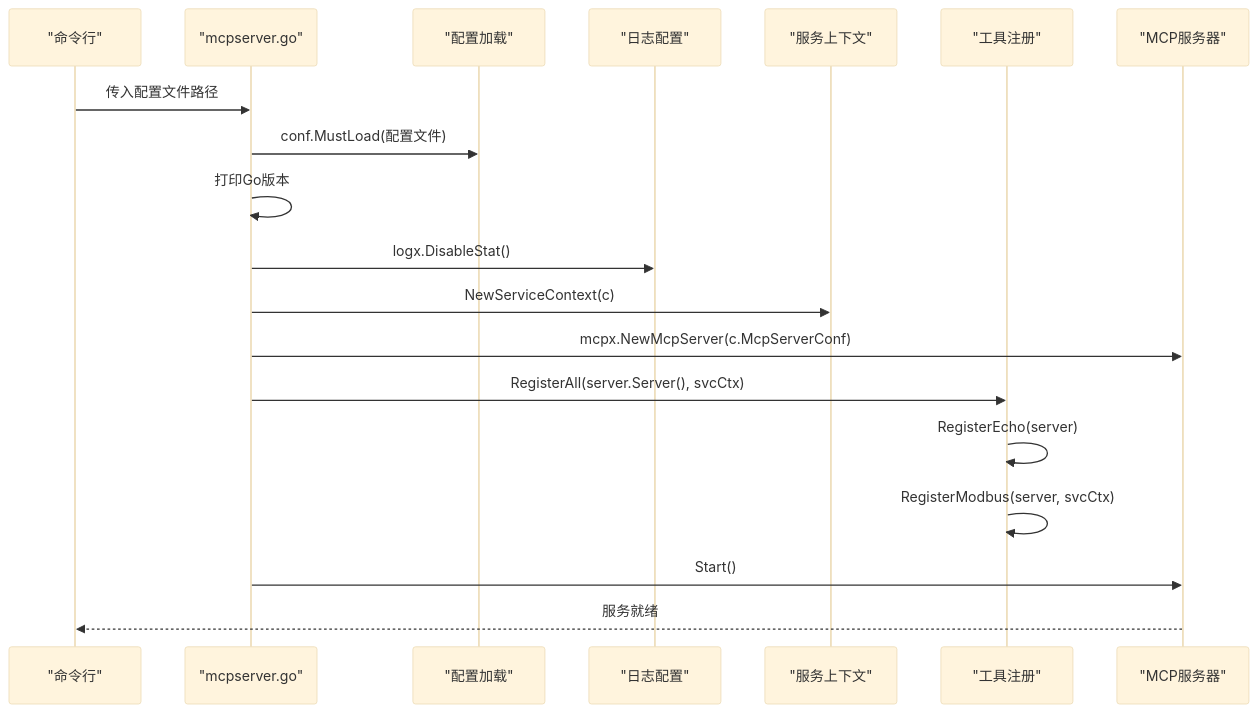
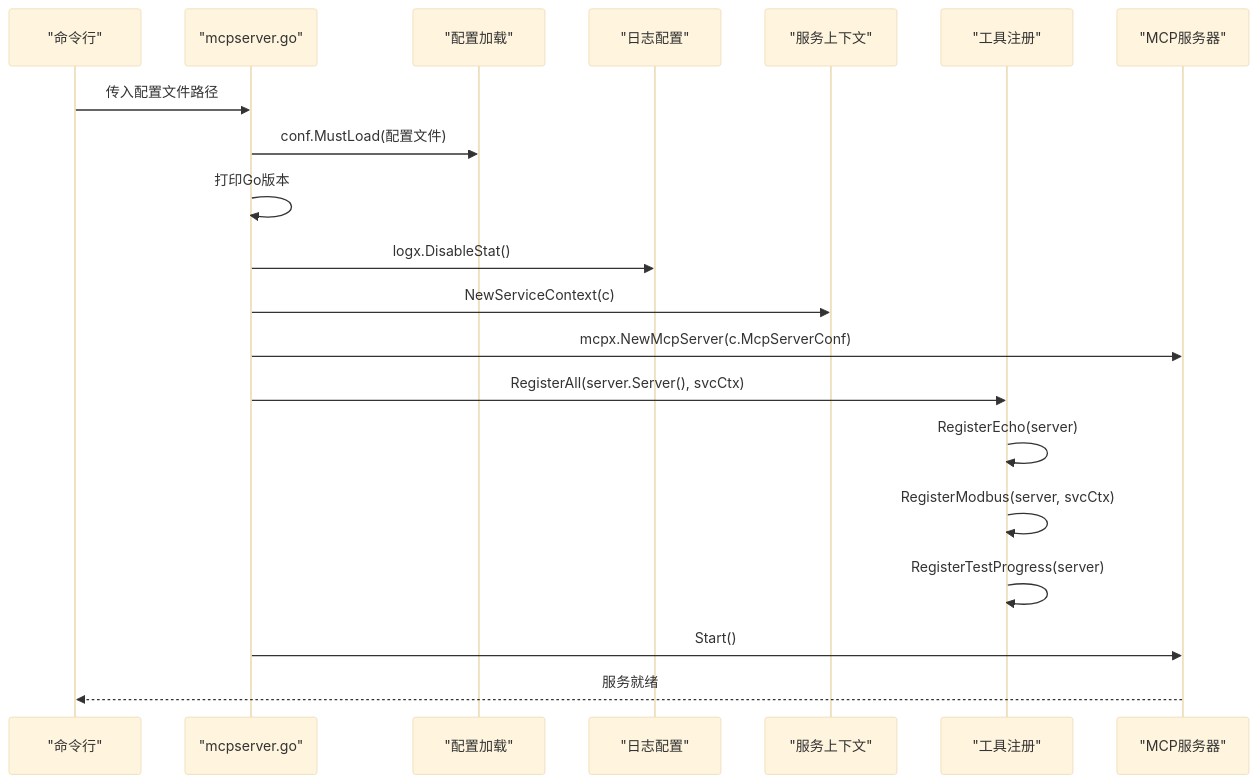
Before and after one commit to maomao94/zero-service: the second of 18 diagrams in .qoder/repowiki/zh/content/AI应用模块/MCP服务器.md, drawn with Mermaid (base theme). The commit also changed other lines of this file and 42 other files, not shown here.

````diff
--- a/.qoder/repowiki/zh/content/AI应用模块/MCP服务器.md
+++ b/.qoder/repowiki/zh/content/AI应用模块/MCP服务器.md
@@ -199,21 +217,22 @@
 ```mermaid
 sequenceDiagram
 participant CLI as "命令行"
 participant Main as "mcpserver.go"
 participant Conf as "配置加载"
 participant Log as "日志配置"
 participant Ctx as "服务上下文"
 participant Reg as "工具注册"
 participant Srv as "MCP服务器"
 CLI->>Main : 传入配置文件路径
 Main->>Conf : conf.MustLoad(配置文件)
 Main->>Main : 打印Go版本
 Main->>Log : logx.DisableStat()
 Main->>Ctx : NewServiceContext(c)
 Main->>Srv : mcpx.NewMcpServer(c.McpServerConf)
 Main->>Reg : RegisterAll(server.Server(), svcCtx)
 Reg->>Reg : RegisterEcho(server)
 Reg->>Reg : RegisterModbus(server, svcCtx)
+Reg->>Reg : RegisterTestProgress(server)
 Main->>Srv : Start()
 Srv-->>CLI : 服务就绪
 ```
````
